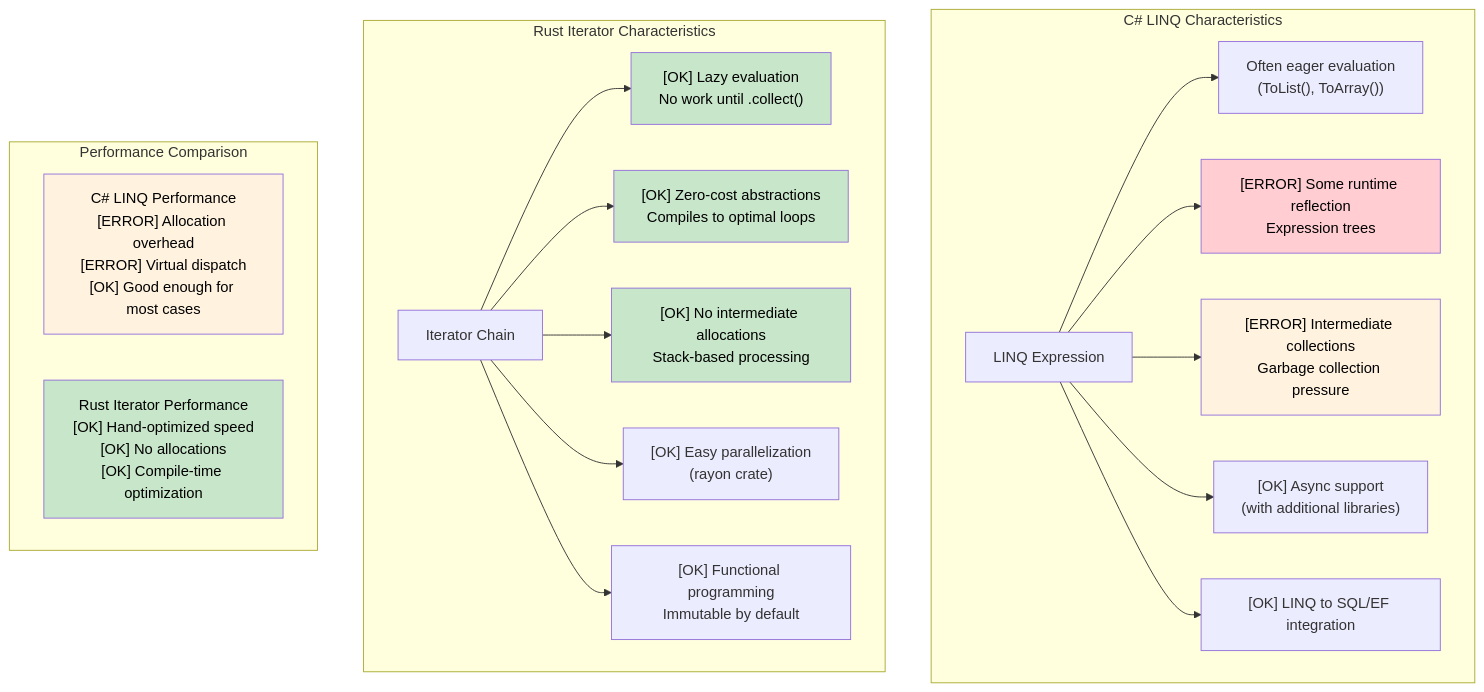
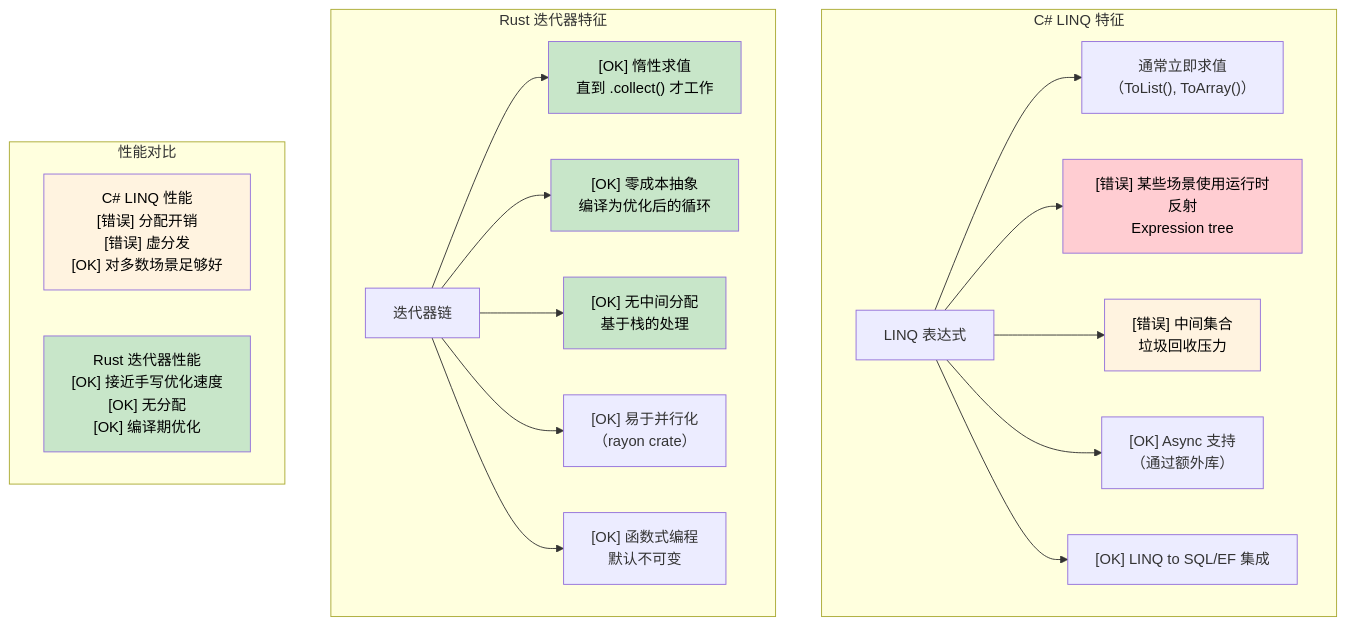
One commit to xiaofengoop/rust-for-csharp-programmers-zh-cn changed the diagram in zh-cn/csharp-book/src/ch12-closures-and-iterators.md. Above: the diagram before and after it, drawn with Mermaid. The commit also changed other lines of this file and 38 other files, not shown here.

````diff
--- a/zh-cn/csharp-book/src/ch12-closures-and-iterators.md
+++ b/zh-cn/csharp-book/src/ch12-closures-and-iterators.md
@@ -183,45 +192,45 @@
 ```mermaid
 graph TD
-    subgraph "C# LINQ Characteristics"
-        CS_LINQ["LINQ Expression"]
-        CS_EAGER["Often eager evaluation<br/>(ToList(), ToArray())"]
-        CS_REFLECTION["[ERROR] Some runtime reflection<br/>Expression trees"]
-        CS_ALLOCATIONS["[ERROR] Intermediate collections<br/>Garbage collection pressure"]
-        CS_ASYNC["[OK] Async support<br/>(with additional libraries)"]
-        CS_SQL["[OK] LINQ to SQL/EF integration"]
+    subgraph "C# LINQ 特征"
+        CS_LINQ["LINQ 表达式"]
+        CS_EAGER["通常立即求值<br/>（ToList(), ToArray()）"]
+        CS_REFLECTION["[错误] 某些场景使用运行时反射<br/>Expression tree"]
+        CS_ALLOCATIONS["[错误] 中间集合<br/>垃圾回收压力"]
+        CS_ASYNC["[OK] Async 支持<br/>（通过额外库）"]
+        CS_SQL["[OK] LINQ to SQL/EF 集成"]
         
         CS_LINQ --> CS_EAGER
         CS_LINQ --> CS_REFLECTION
         CS_LINQ --> CS_ALLOCATIONS
         CS_LINQ --> CS_ASYNC
         CS_LINQ --> CS_SQL
     end
     
-    subgraph "Rust Iterator Characteristics"
-        RUST_ITER["Iterator Chain"]
-        RUST_LAZY["[OK] Lazy evaluation<br/>No work until .collect()"]
-        RUST_ZERO["[OK] Zero-cost abstractions<br/>Compiles to optimal loops"]
-        RUST_NO_ALLOC["[OK] No intermediate allocations<br/>Stack-based processing"]
-        RUST_PARALLEL["[OK] Easy parallelization<br/>(rayon crate)"]
-        RUST_FUNCTIONAL["[OK] Functional programming<br/>Immutable by default"]
+    subgraph "Rust 迭代器特征"
+        RUST_ITER["迭代器链"]
+        RUST_LAZY["[OK] 惰性求值<br/>直到 .collect() 才工作"]
+        RUST_ZERO["[OK] 零成本抽象<br/>编译为优化后的循环"]
+        RUST_NO_ALLOC["[OK] 无中间分配<br/>基于栈的处理"]
+        RUST_PARALLEL["[OK] 易于并行化<br/>（rayon crate）"]
+        RUST_FUNCTIONAL["[OK] 函数式编程<br/>默认不可变"]
         
         RUST_ITER --> RUST_LAZY
         RUST_ITER --> RUST_ZERO
         RUST_ITER --> RUST_NO_ALLOC
         RUST_ITER --> RUST_PARALLEL
         RUST_ITER --> RUST_FUNCTIONAL
     end
     
-    subgraph "Performance Comparison"
-        CS_PERF["C# LINQ Performance<br/>[ERROR] Allocation overhead<br/>[ERROR] Virtual dispatch<br/>[OK] Good enough for most cases"]
-        RUST_PERF["Rust Iterator Performance<br/>[OK] Hand-optimized speed<br/>[OK] No allocations<br/>[OK] Compile-time optimization"]
+    subgraph "性能对比"
+        CS_PERF["C# LINQ 性能<br/>[错误] 分配开销<br/>[错误] 虚分发<br/>[OK] 对多数场景足够好"]
+        RUST_PERF["Rust 迭代器性能<br/>[OK] 接近手写优化速度<br/>[OK] 无分配<br/>[OK] 编译期优化"]
     end
     
     style CS_REFLECTION fill:#ffcdd2,color:#000
     style CS_ALLOCATIONS fill:#fff3e0,color:#000
     style RUST_ZERO fill:#c8e6c9,color:#000
     style RUST_LAZY fill:#c8e6c9,color:#000
     style RUST_NO_ALLOC fill:#c8e6c9,color:#000
     style CS_PERF fill:#fff3e0,color:#000
     style RUST_PERF fill:#c8e6c9,color:#000
 ```
````
